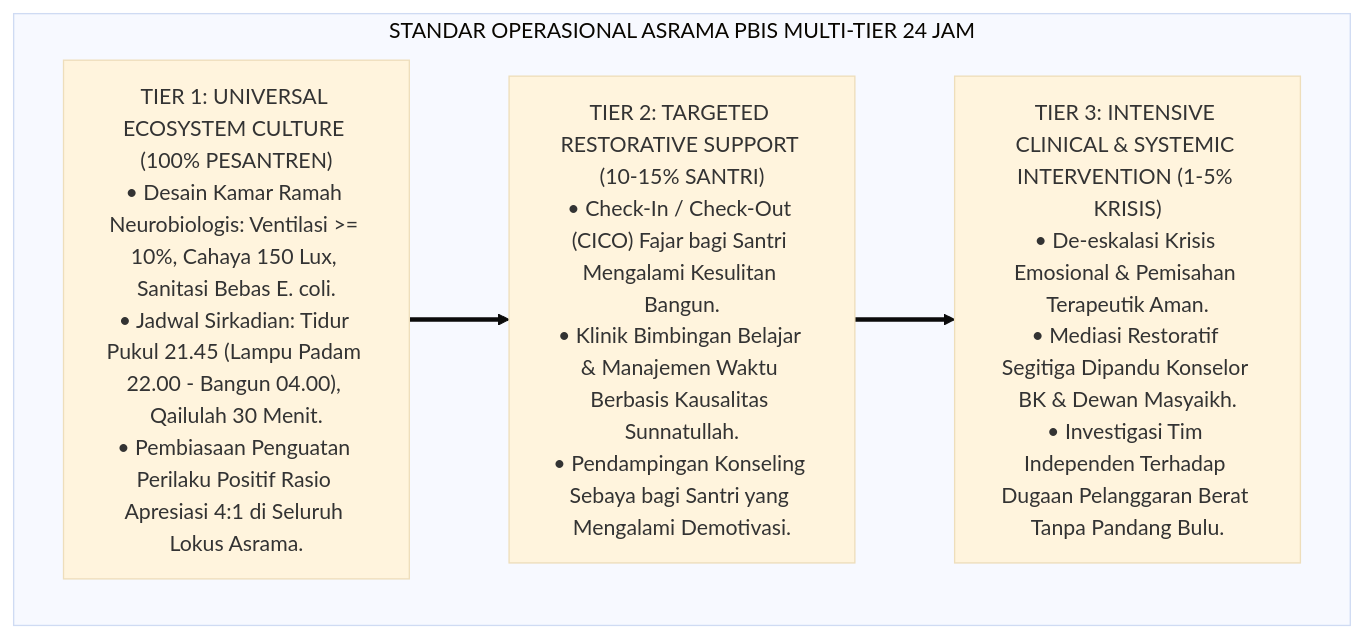
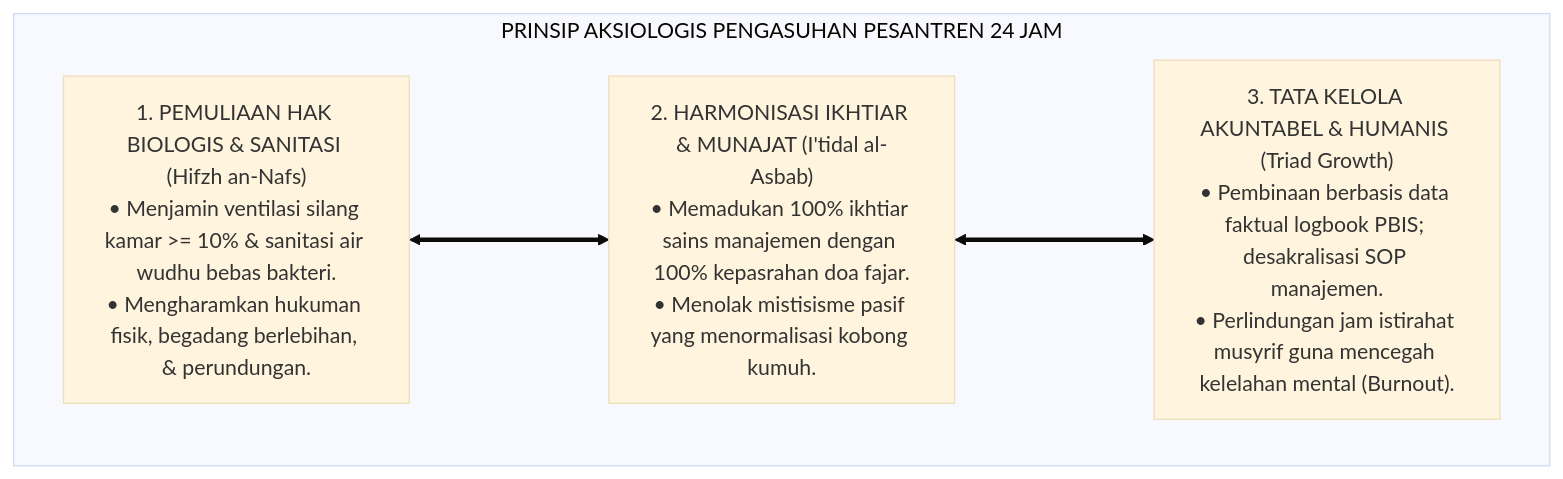
Before and after one commit to wandiapriliyandi/tumbuh: the fifth of 5 diagrams in 01 Philosophy/01 Worldview/01 Hakikat Realitas/P1-01-01-Hakikat-Realitas.md, drawn with Mermaid (base theme). The commit also changed other lines of this file and 8 other files, not shown here.

````diff
--- a/01 Philosophy/01 Worldview/01 Hakikat Realitas/P1-01-01-Hakikat-Realitas.md
+++ b/01 Philosophy/01 Worldview/01 Hakikat Realitas/P1-01-01-Hakikat-Realitas.md
@@ -201,13 +191,13 @@
 ```mermaid
 flowchart TD
-    subgraph StandarMasterOperasionalPBIS["STANDAR OPERASIONAL ASRAMA PBIS MULTI-TIER 24 JAM"]
+    subgraph EtikaTataKelolaMasterKluster["PRINSIP AKSIOLOGIS PENGASUHAN PESANTREN 24 JAM"]
         
-        Tier1_Master["TIER 1: UNIVERSAL ECOSYSTEM CULTURE (100% PESANTREN)<br/>• Desain Kamar Ramah Neurobiologis: Ventilasi >= 10%, Cahaya 150 Lux, Sanitasi Bebas E. coli.<br/>• Jadwal Sirkadian: Tidur Pukul 21.45 (Lampu Padam 22.00 - Bangun 04.00), Qailulah 30 Menit.<br/>• Pembiasaan Penguatan Perilaku Positif Rasio Apresiasi 4:1 di Seluruh Lokus Asrama."]
+        A1_E["1. PEMULIAAN HAK BIOLOGIS & SANITASI (Hifzh an-Nafs)<br/>• Menjamin ventilasi silang kamar >= 10% & sanitasi air wudhu bebas bakteri.<br/>• Mengharamkan hukuman fisik, begadang berlebihan, & perundungan."]
         
-        Tier2_Master["TIER 2: TARGETED RESTORATIVE SUPPORT (10-15% SANTRI)<br/>• Check-In / Check-Out (CICO) Fajar bagi Santri Mengalami Kesulitan Bangun.<br/>• Klinik Bimbingan Belajar & Manajemen Waktu Berbasis Kausalitas Sunnatullah.<br/>• Pendampingan Konseling Sebaya bagi Santri yang Mengalami Demotivasi."]
+        A2_E["2. HARMONISASI IKHTIAR & MUNAJAT (I'tidal al-Asbab)<br/>• Memadukan 100% ikhtiar sains manajemen dengan 100% kepasrahan doa fajar.<br/>• Menolak mistisisme pasif yang menormalisasi kobong kumuh."]
         
-        Tier3_Master["TIER 3: INTENSIVE CLINICAL & SYSTEMIC INTERVENTION (1-5% KRISIS)<br/>• De-eskalasi Krisis Emosional & Pemisahan Terapeutik Aman.<br/>• Mediasi Restoratif Segitiga Dipandu Konselor BK & Dewan Masyaikh.<br/>• Investigasi Tim Independen Terhadap Dugaan Pelanggaran Berat Tanpa Pandang Bulu."]
+        A3_E["3. TATA KELOLA AKUNTABEL & HUMANIS (Triad Growth)<br/>• Pembinaan berbasis data faktual logbook PBIS; desakralisasi SOP manajemen.<br/>• Perlindungan jam istirahat musyrif guna mencegah kelelahan mental (Burnout)."]
         
-        Tier1_Master ==> Tier2_Master ==> Tier3_Master
+        A1_E <===> A2_E <===> A3_E
     end
 ```
````
